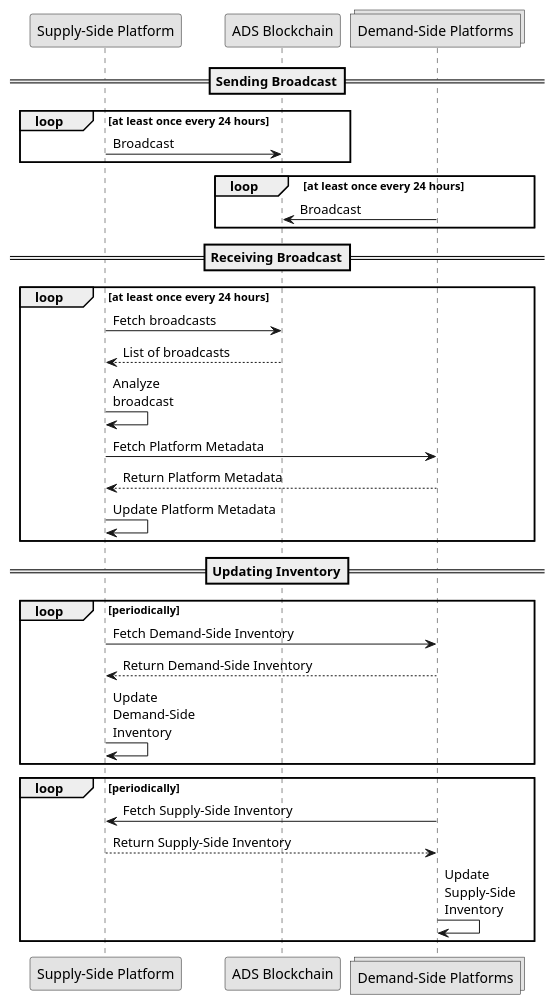
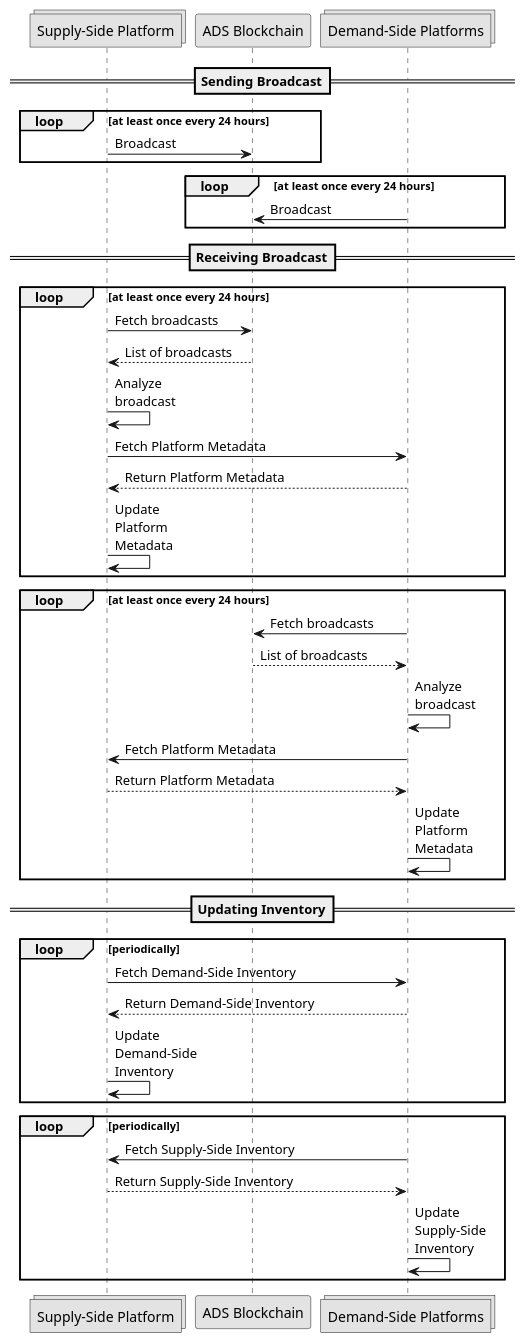
One commit to adshares/adshares-docs changed the diagram in protocol/synchronization/index.rst. Above: the diagram before and after it, drawn with PlantUML. The commit also changed other lines of this file and 6 other files, not shown here.

```diff
--- a/protocol/synchronization/index.rst
+++ b/protocol/synchronization/index.rst
@@ -34,43 +34,52 @@
 .. uml::
     :align: center
 
     skinparam monochrome true
 
-    participant "Supply-Side Platform"      as SSP
+    collections "Supply-Side Platform"      as SSP
     participant "ADS Blockchain"            as blockchain
     collections "Demand-Side Platforms"     as DSP
 
     ==Sending Broadcast==
 
     loop at least once every 24 hours
         SSP -> blockchain: Broadcast
     end
 
     loop at least once every 24 hours
         DSP -> blockchain: Broadcast
     end
 
     ==Receiving Broadcast==
 
     loop at least once every 24 hours
         SSP -> blockchain: Fetch broadcasts
         blockchain --> SSP: List of broadcasts
         SSP -> SSP: Analyze\nbroadcast
         SSP -> DSP: Fetch Platform Metadata
         DSP --> SSP: Return Platform Metadata
-        SSP -> SSP: Update Platform Metadata
+        SSP -> SSP: Update\nPlatform\nMetadata
+    end
+
+    loop at least once every 24 hours
+        DSP -> blockchain: Fetch broadcasts
+        blockchain --> DSP: List of broadcasts
+        DSP -> DSP: Analyze\nbroadcast
+        DSP -> SSP: Fetch Platform Metadata
+        SSP --> DSP: Return Platform Metadata
+        DSP -> DSP: Update\nPlatform\nMetadata
     end
 
     ==Updating Inventory==
 
     loop periodically
         SSP -> DSP : Fetch Demand-Side Inventory
         DSP --> SSP: Return Demand-Side Inventory
         SSP -> SSP: Update\nDemand-Side\nInventory
     end
 
     loop periodically
         DSP -> SSP : Fetch Supply-Side Inventory
         SSP --> DSP: Return Supply-Side Inventory
         DSP -> DSP: Update\nSupply-Side\nInventory
     end
```
